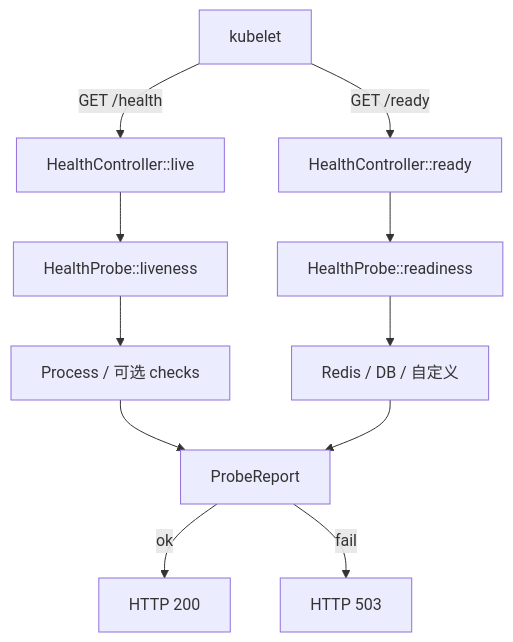
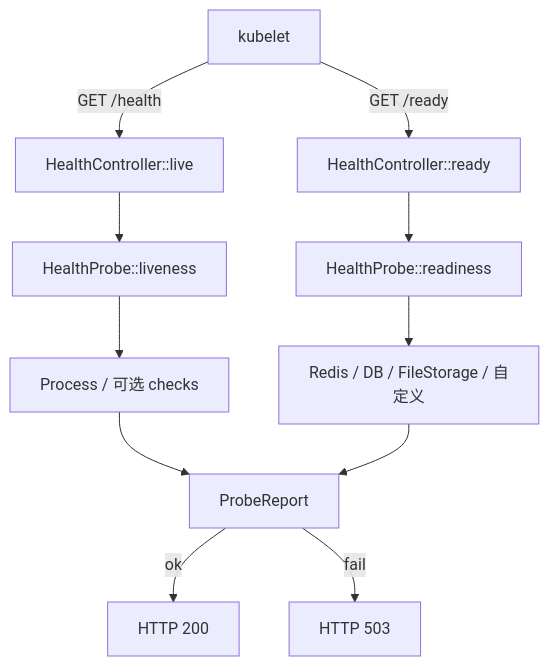
One commit to bingcool/swoolefy changed the diagram in src/Http/Health/README.md. Above: the diagram before and after it, drawn with Mermaid. The commit also changed other lines of this file and 7 other files, not shown here.

````diff
--- a/src/Http/Health/README.md
+++ b/src/Http/Health/README.md
@@ -48,13 +51,13 @@
 ```mermaid
 flowchart TB
   K[kubelet] -->|GET /health| L[HealthController::live]
   K -->|GET /ready| R[HealthController::ready]
   L --> P[HealthProbe::liveness]
   R --> Q[HealthProbe::readiness]
   P --> C1[Process / 可选 checks]
-  Q --> C2[Redis / DB / 自定义]
+  Q --> C2[Redis / DB / FileStorage / 自定义]
   C1 --> Rep[ProbeReport]
   C2 --> Rep
   Rep -->|ok| HTTP200[HTTP 200]
   Rep -->|fail| HTTP503[HTTP 503]
 ```
````
